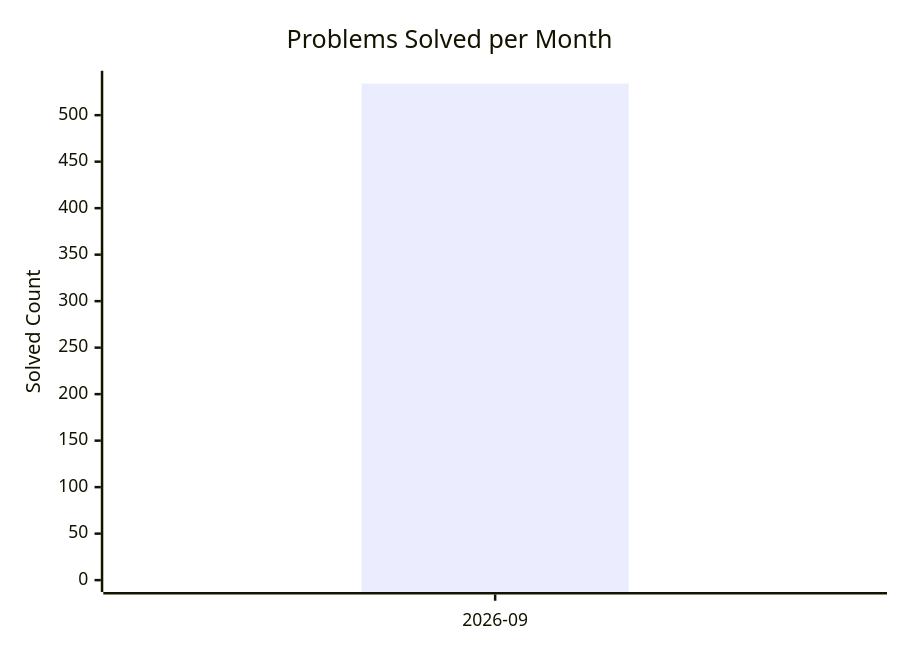
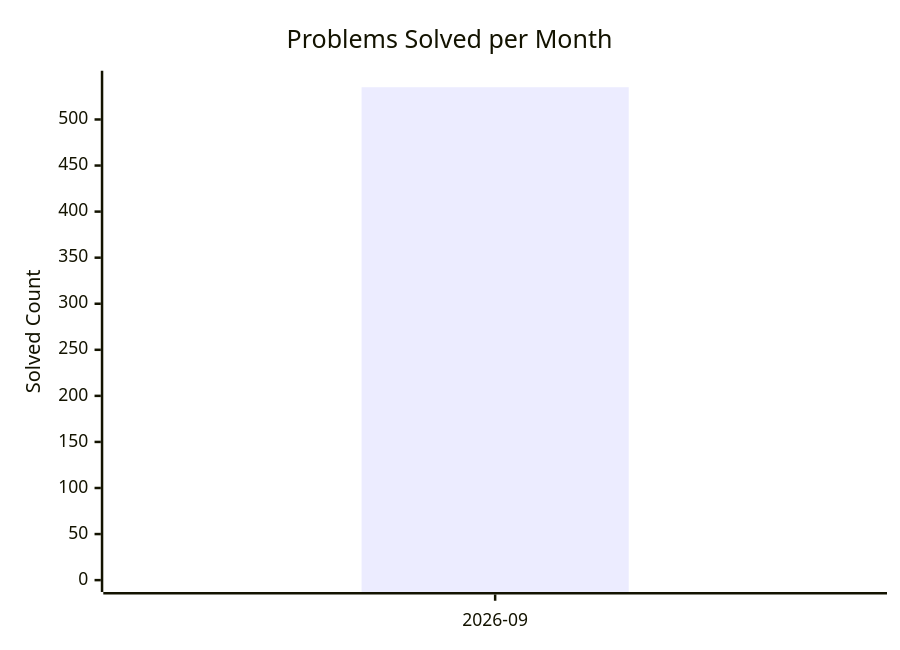
One commit to AdityaPandey-DEV/CP-Progress-Sync changed the diagram in dashboard.md. Above: the diagram before and after it, drawn with Mermaid. The commit also changed other lines of this file, not shown here.

Commit message:
Auto-update CP dashboard [skip ci]

````diff
--- a/dashboard.md
+++ b/dashboard.md
@@ -8,8 +8,8 @@
 ```mermaid
 xychart-beta
     title "Problems Solved per Month"
     x-axis ["2026-09"]
-    y-axis "Solved Count" 0 --> 535
-    bar [534]
-    line [534]
+    y-axis "Solved Count" 0 --> 540
+    bar [535]
+    line [535]
 ```
````
